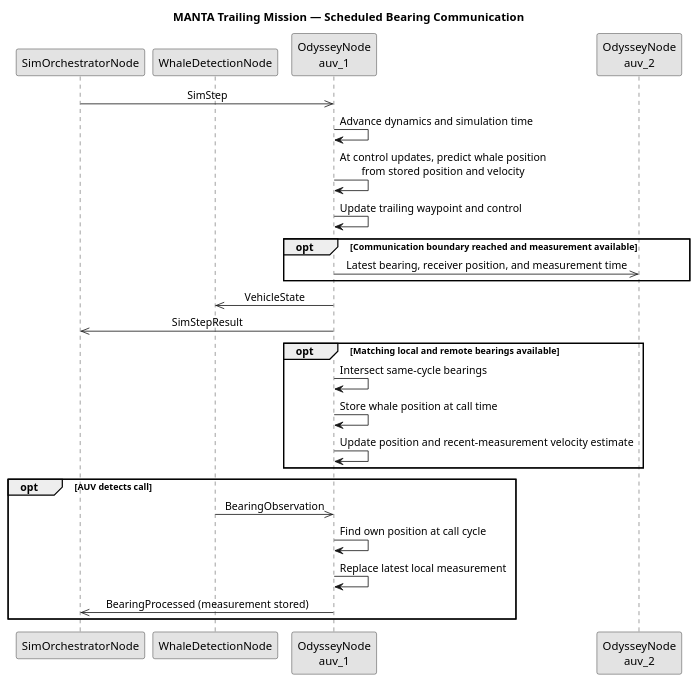
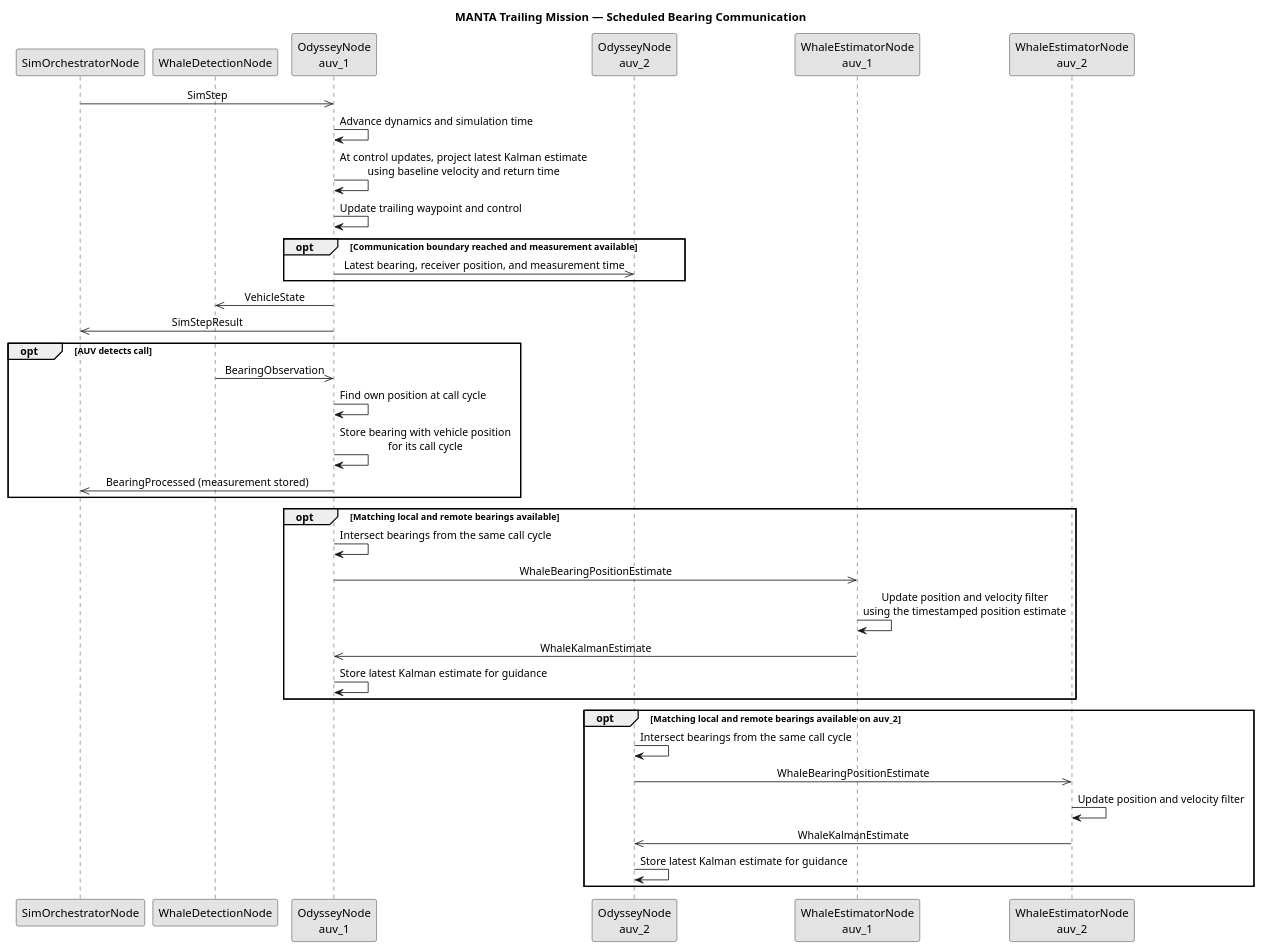
One commit to Tebcherani/MANTA changed the diagram in components/manta_odyssey/docs/odyssey_sequence.puml. Above: the diagram before and after it, drawn with PlantUML. The commit also changed 1 other file, not shown here.

```diff
--- a/components/manta_odyssey/docs/odyssey_sequence.puml
+++ b/components/manta_odyssey/docs/odyssey_sequence.puml
@@ -1,39 +1,51 @@
 @startuml
 title MANTA Trailing Mission — Scheduled Bearing Communication
 
 skinparam monochrome true
 skinparam shadowing false
 skinparam sequenceMessageAlign center
 skinparam responseMessageBelowArrow true
 
 participant "SimOrchestratorNode" as Orchestrator
 participant "WhaleDetectionNode" as Detection
 participant "OdysseyNode\nauv_1" as AUV1
 participant "OdysseyNode\nauv_2" as AUV2
+participant "WhaleEstimatorNode\nauv_1" as Estimator1
+participant "WhaleEstimatorNode\nauv_2" as Estimator2
 
 Orchestrator ->> AUV1 : SimStep
 AUV1 -> AUV1 : Advance dynamics and simulation time
-AUV1 -> AUV1 : At control updates, predict whale position\nfrom stored position and velocity
+AUV1 -> AUV1 : At control updates, project latest Kalman estimate\nusing baseline velocity and return time
 AUV1 -> AUV1 : Update trailing waypoint and control
 
 opt Communication boundary reached and measurement available
     AUV1 ->> AUV2 : Latest bearing, receiver position, and measurement time
 end
 
 AUV1 ->> Detection : VehicleState
 AUV1 ->> Orchestrator : SimStepResult
 
-opt Matching local and remote bearings available
-    AUV1 -> AUV1 : Intersect same-cycle bearings
-    AUV1 -> AUV1 : Store whale position at call time
-    AUV1 -> AUV1 : Update position and recent-measurement velocity estimate
-end
-
 opt AUV detects call
     Detection ->> AUV1 : BearingObservation
     AUV1 -> AUV1 : Find own position at call cycle
-    AUV1 -> AUV1 : Replace latest local measurement
+    AUV1 -> AUV1 : Store bearing with vehicle position\nfor its call cycle
     AUV1 ->> Orchestrator : BearingProcessed (measurement stored)
 end
 
+opt Matching local and remote bearings available
+    AUV1 -> AUV1 : Intersect bearings from the same call cycle
+    AUV1 ->> Estimator1 : WhaleBearingPositionEstimate
+    Estimator1 -> Estimator1 : Update position and velocity filter\nusing the timestamped position estimate
+    Estimator1 ->> AUV1 : WhaleKalmanEstimate
+    AUV1 -> AUV1 : Store latest Kalman estimate for guidance
+end
+
+opt Matching local and remote bearings available on auv_2
+    AUV2 -> AUV2 : Intersect bearings from the same call cycle
+    AUV2 ->> Estimator2 : WhaleBearingPositionEstimate
+    Estimator2 -> Estimator2 : Update position and velocity filter
+    Estimator2 ->> AUV2 : WhaleKalmanEstimate
+    AUV2 -> AUV2 : Store latest Kalman estimate for guidance
+end
+
 @enduml
```
